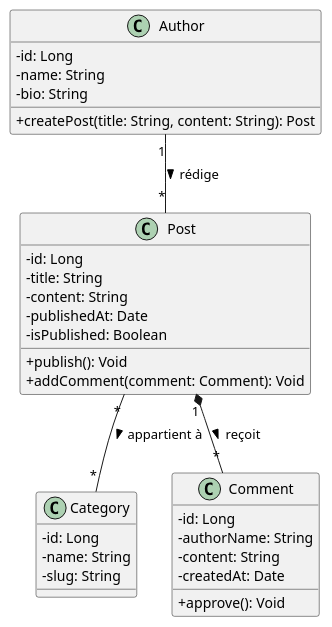
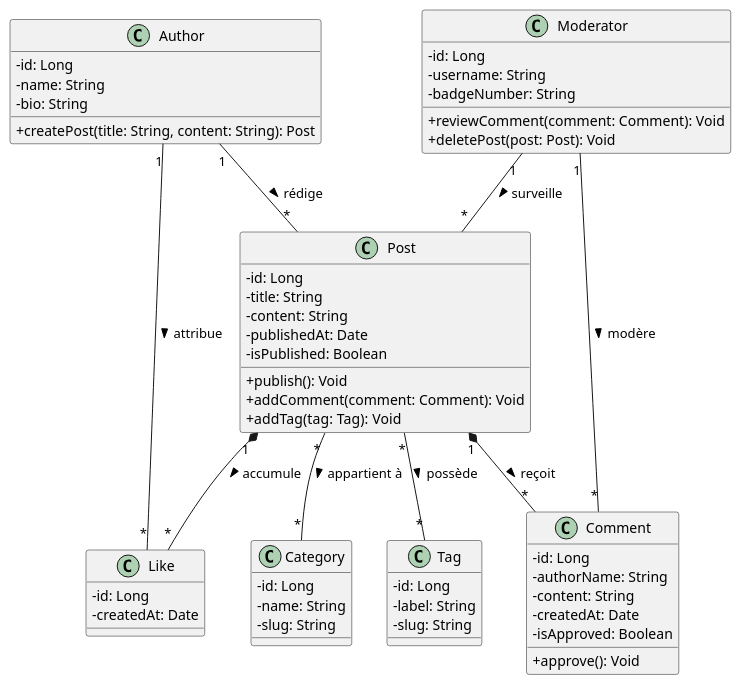
One commit to kevinduran-Tech/docs-uml-sequence_auth.puml changed the diagram in docs/uml/blog.puml. Above: the diagram before and after it, drawn with PlantUML.

```diff
--- a/docs/uml/blog.puml
+++ b/docs/uml/blog.puml
@@ -1,40 +1,74 @@
 @startuml
 
 skinparam classAttributeIconSize 0
+
+' --- Classes existantes ---
 
 class Author {
   - id: Long
   - name: String
   - bio: String
   + createPost(title: String, content: String): Post
 }
 
 class Post {
   - id: Long
   - title: String
   - content: String
   - publishedAt: Date
   - isPublished: Boolean
   + publish(): Void
   + addComment(comment: Comment): Void
+  + addTag(tag: Tag): Void
 }
 
 class Category {
   - id: Long
   - name: String
   - slug: String
 }
 
 class Comment {
   - id: Long
   - authorName: String
   - content: String
   - createdAt: Date
+  - isApproved: Boolean
   + approve(): Void
 }
+
+' --- Nouvelles classes ajoutées ---
+
+class Tag {
+  - id: Long
+  - label: String
+  - slug: String
+}
+
+class Like {
+  - id: Long
+  - createdAt: Date
+}
+
+class Moderator {
+  - id: Long
+  - username: String
+  - badgeNumber: String
+  + reviewComment(comment: Comment): Void
+  + deletePost(post: Post): Void
+}
+
+' --- Relations ---
 
 Author "1" -- "*" Post : rédige >
 Post "*" -- "*" Category : appartient à >
 Post "1" *-- "*" Comment : reçoit >
 
+' Nouveaux liens de relation
+Post "*" -- "*" Tag : possède >
+Post "1" *-- "*" Like : accumule >
+Author "1" -- "*" Like : attribue >
+Moderator "1" -- "*" Comment : modère >
+Moderator "1" -- "*" Post : surveille >
+
 @enduml
```
